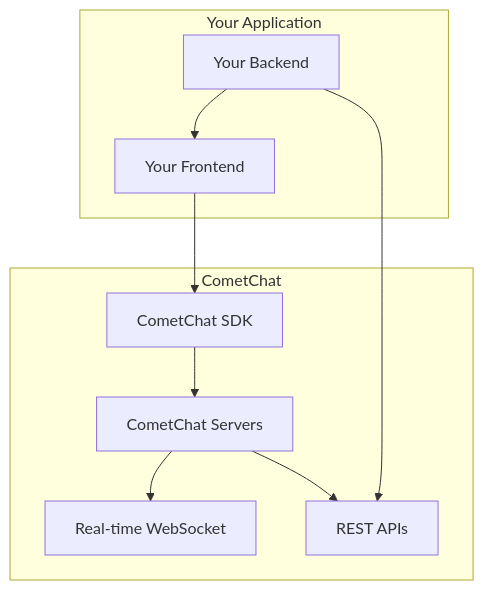
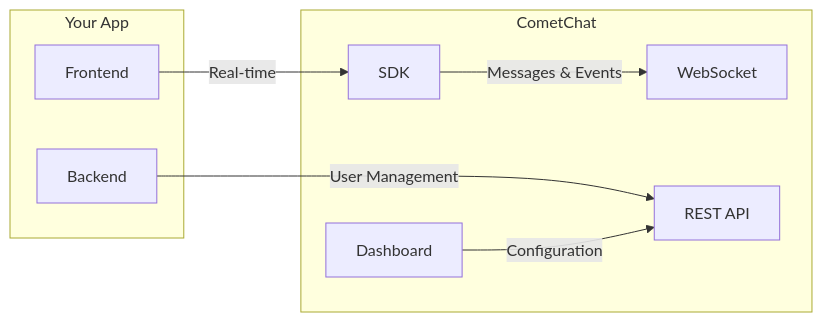
One commit to omkar6750/docs changed the first of 10 diagrams in sdk/javascript/key-concepts.mdx. Above: the diagram before and after it, drawn with Mermaid. The commit also changed other lines of this file, not shown here.

````diff
--- a/sdk/javascript/key-concepts.mdx
+++ b/sdk/javascript/key-concepts.mdx
@@ -10,15 +18,19 @@
 ```mermaid
-graph TB
-    subgraph "Your Application"
-        A[Your Backend] --> B[Your Frontend]
+graph LR
+    subgraph "Your App"
+        A[Frontend] 
+        B[Backend]
     end
     
     subgraph "CometChat"
-        C[CometChat SDK] --> D[CometChat Servers]
-        D --> E[Real-time WebSocket]
-        D --> F[REST APIs]
+        C[SDK]
+        D[WebSocket]
+        E[REST API]
+        F[Dashboard]
     end
     
-    B --> C
-    A --> F
+    A -->|Real-time| C
+    C -->|Messages & Events| D
+    B -->|User Management| E
+    F -->|Configuration| E
 ```
````
